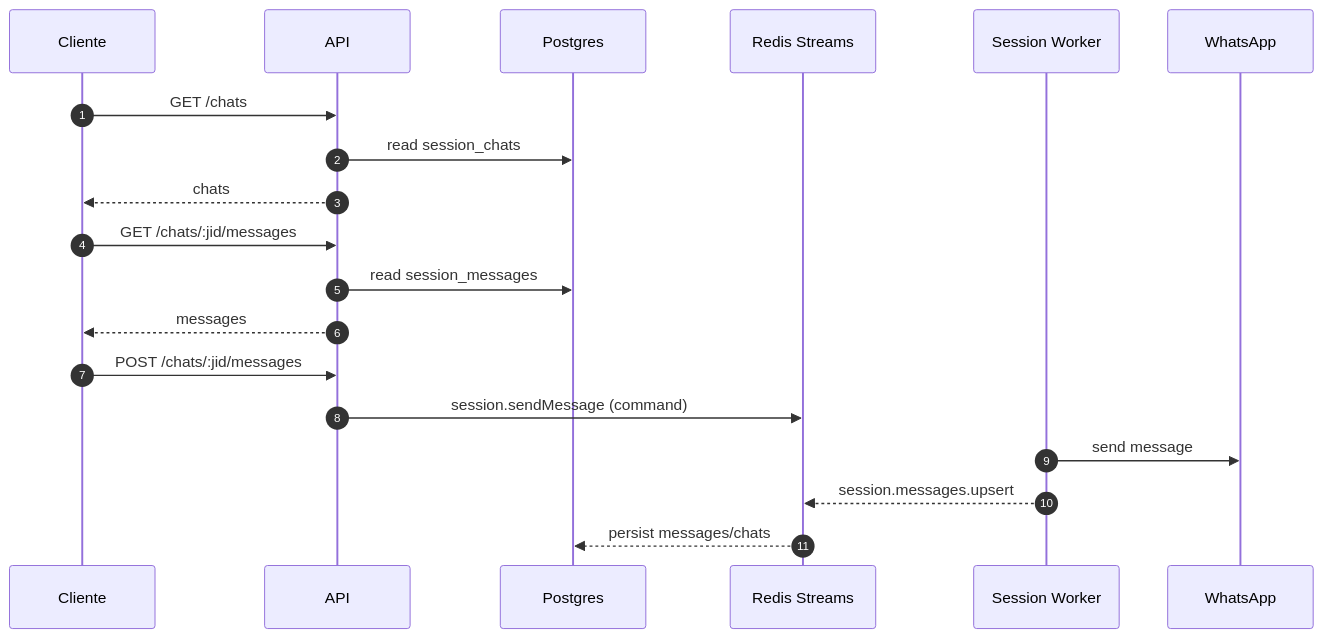
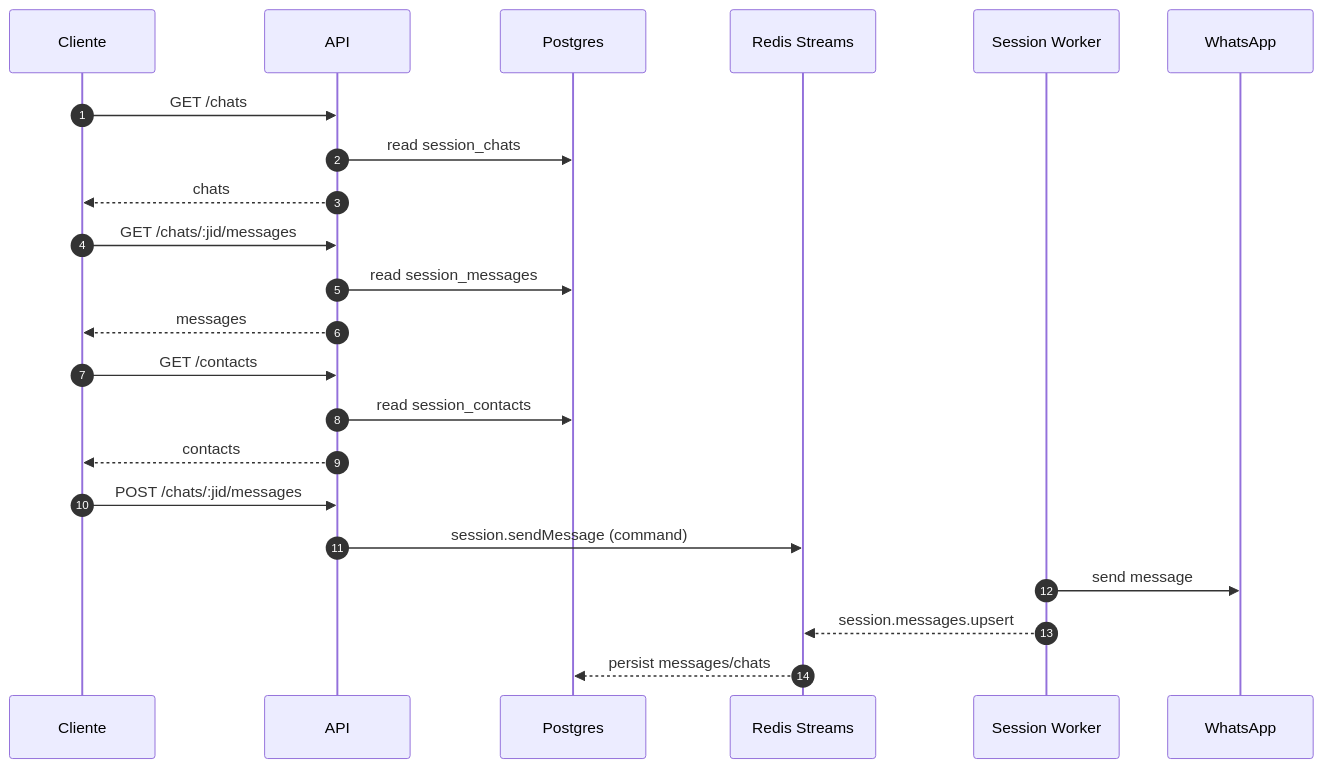
The fifth of 5 diagrams in docs/flow.md (werpoz/anna), drawn with Mermaid before and after one commit. The commit also changed other lines of this file and 30 other files, not shown here.

````diff
--- a/docs/flow.md
+++ b/docs/flow.md
@@ -119,24 +146,28 @@
 ```mermaid
 sequenceDiagram
   autonumber
   participant Client as Cliente
   participant API as API
   participant DB as Postgres
   participant Redis as Redis Streams
   participant Worker as Session Worker
   participant WA as WhatsApp
 
   Client->>API: GET /chats
   API->>DB: read session_chats
   API-->>Client: chats
 
   Client->>API: GET /chats/:jid/messages
   API->>DB: read session_messages
   API-->>Client: messages
 
+  Client->>API: GET /contacts
+  API->>DB: read session_contacts
+  API-->>Client: contacts
+
   Client->>API: POST /chats/:jid/messages
   API->>Redis: session.sendMessage (command)
   Worker->>WA: send message
   Worker-->>Redis: session.messages.upsert
   Redis-->>DB: persist messages/chats
 ```
````
